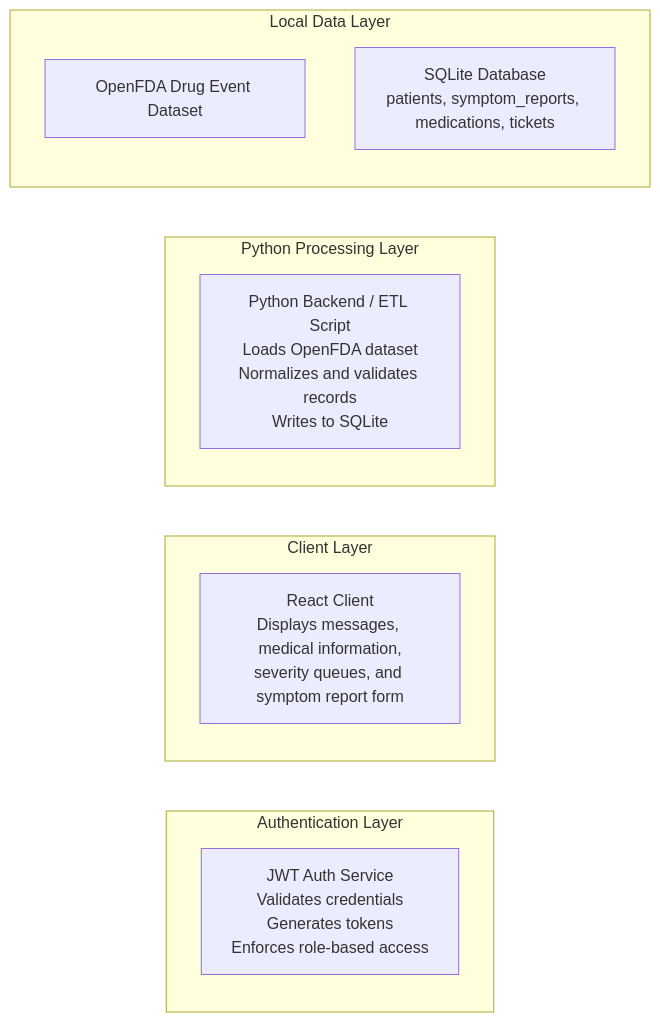
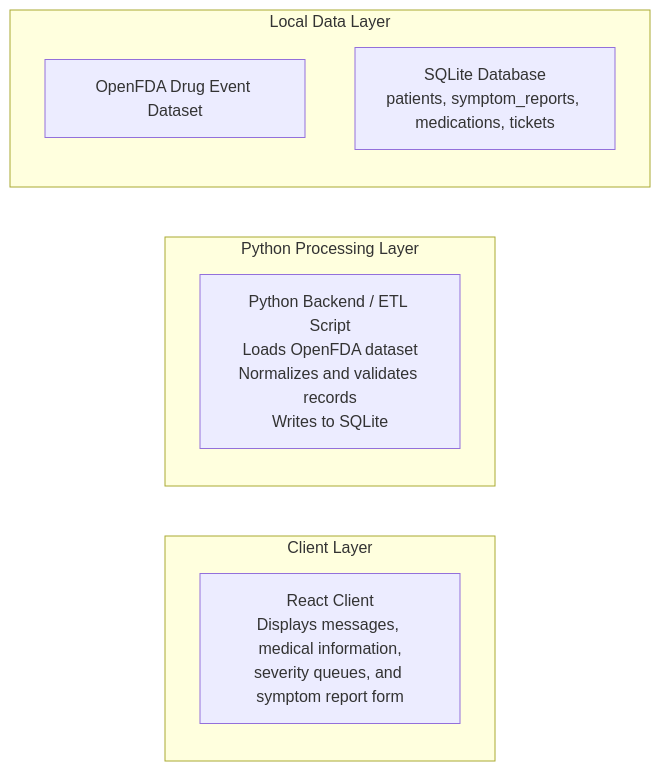
One commit to bodonnell-DePaul/csc394-5 changed the diagram in week3-api-documentation/02-architecture.md. Above: the diagram before and after it, drawn with Mermaid.

Commit message:
Remove Auth Layer from architecture documentation
Removed Authentication Layer from architecture diagram.

````diff
--- a/week3-api-documentation/02-architecture.md
+++ b/week3-api-documentation/02-architecture.md
@@ -5,20 +5,16 @@
 ```mermaid
 flowchart LR
-    subgraph Auth["Authentication Layer"]
-        AuthService["JWT Auth Service<br/>Validates credentials<br/>Generates tokens<br/>Enforces role-based access"]
-    end
-
     subgraph Client["Client Layer"]
         UI["React Client<br/>Displays messages, medical information,<br/>severity queues, and symptom report form"]
     end
 
     subgraph Backend["Python Processing Layer"]
         PY["Python Backend / ETL Script<br/>Loads OpenFDA dataset<br/>Normalizes and validates records<br/>Writes to SQLite"]
     end
 
     subgraph Data["Local Data Layer"]
         Dataset["OpenFDA Drug Event Dataset"]
         SQLite["SQLite Database<br/>patients, symptom_reports, medications, tickets"]
     end
 
 ```
````
